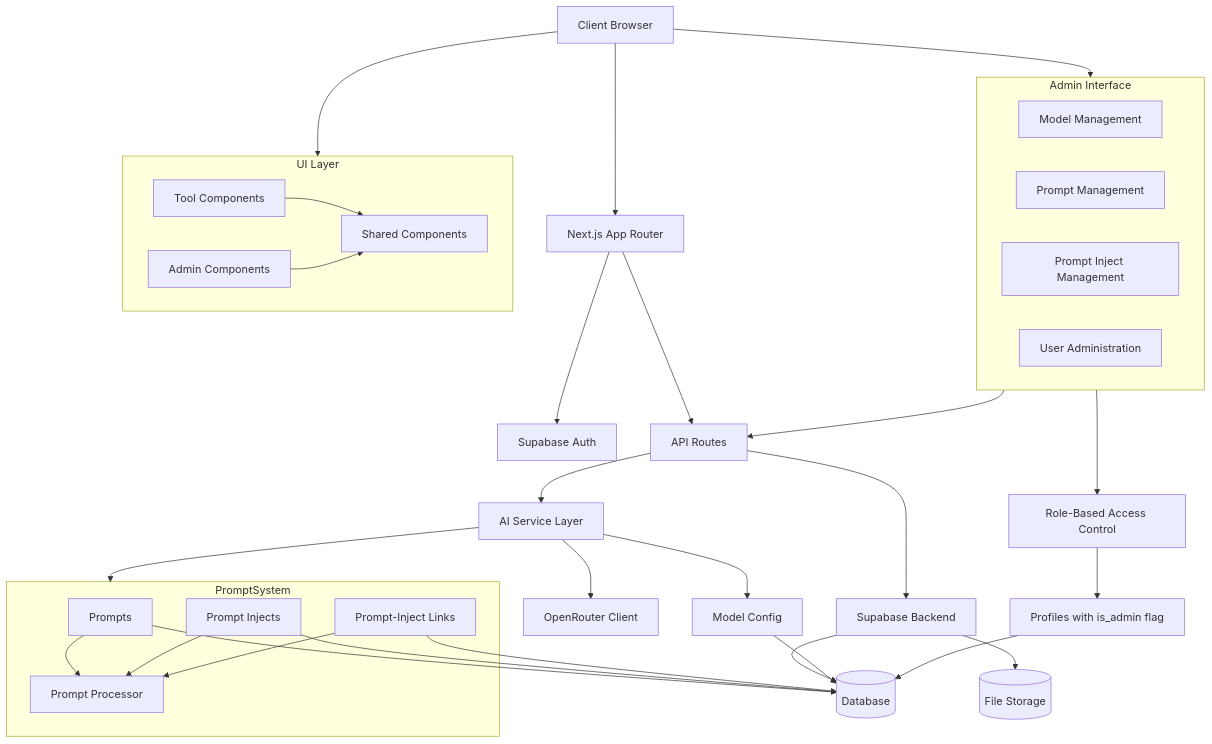
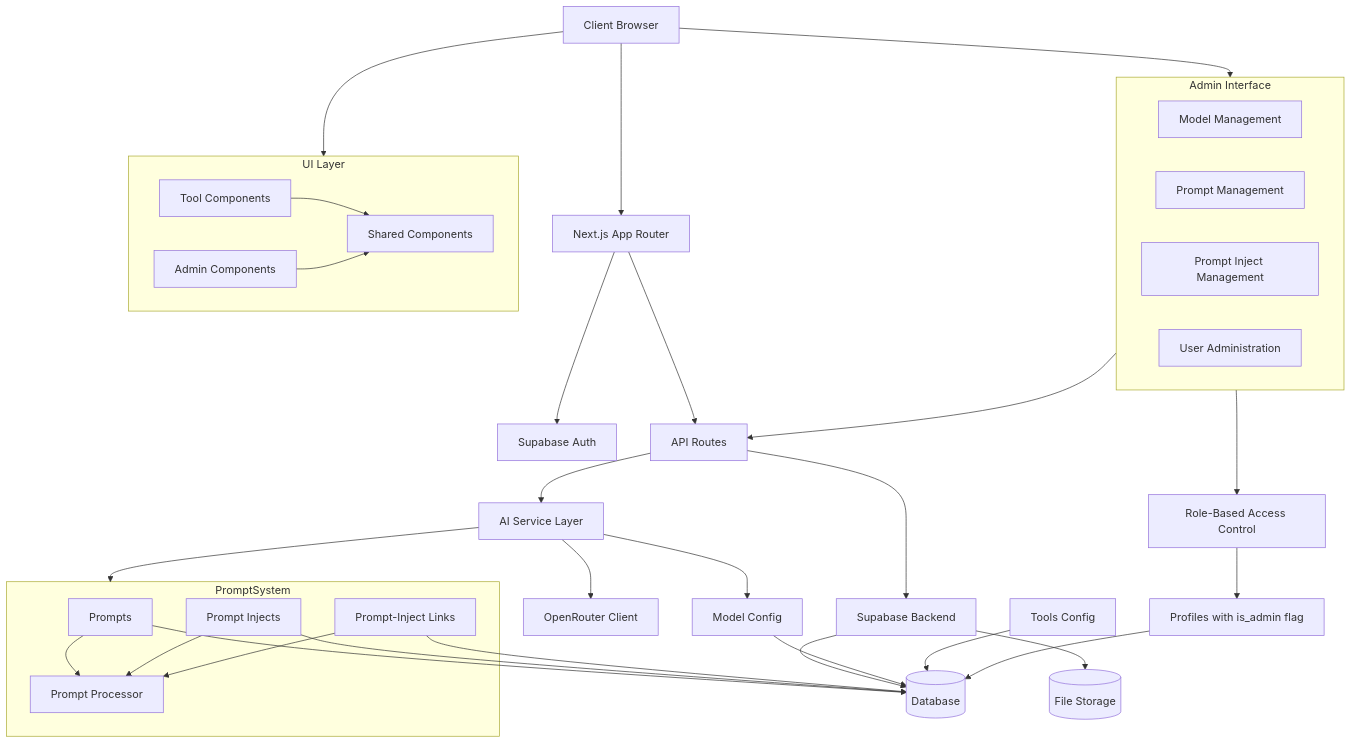
The diagram in cline_docs/systemPatterns.md (troyharris/snowsparrow), drawn with Mermaid before and after one commit. The commit also changed 12 other files, not shown here.

````diff
--- a/cline_docs/systemPatterns.md
+++ b/cline_docs/systemPatterns.md
@@ -5,52 +5,53 @@
 ```mermaid
 flowchart TD
     Client[Client Browser] --> Next[Next.js App Router]
     Next --> Auth[Supabase Auth]
     Next --> API[API Routes]
     API --> AIService[AI Service Layer]
     AIService --> Models[Model Config]
     AIService --> PromptSystem[Prompt System]
     AIService --> OpenRouter[OpenRouter Client]
     API --> Supabase[Supabase Backend]
     Supabase --> DB[(Database)]
     Supabase --> Storage[(File Storage)]
     Models --> DB
+    Tools[Tools Config] --> DB
     
     subgraph PromptSystem
         Prompts[Prompts]
         PromptInjects[Prompt Injects]
         PromptLinks[Prompt-Inject Links]
         PromptProcessor[Prompt Processor]
         
         Prompts --> PromptProcessor
         PromptInjects --> PromptProcessor
         PromptLinks --> PromptProcessor
     end
     
     Prompts --> DB
     PromptInjects --> DB
     PromptLinks --> DB
 
     subgraph Admin[Admin Interface]
         ModelAdmin[Model Management]
         PromptAdmin[Prompt Management]
         InjectAdmin[Prompt Inject Management]
         UserAdmin[User Administration]
     end
 
     Admin --> API
     Admin --> RBAC[Role-Based Access Control]
     RBAC --> Profiles[Profiles with is_admin flag]
     Profiles --> DB
 
     subgraph UI[UI Layer]
         SharedComponents[Shared Components]
         ToolComponents[Tool Components]
         AdminComponents[Admin Components]
         ToolComponents --> SharedComponents
         AdminComponents --> SharedComponents
     end
 
     Client --> UI
     Client --> Admin
 ```
````
